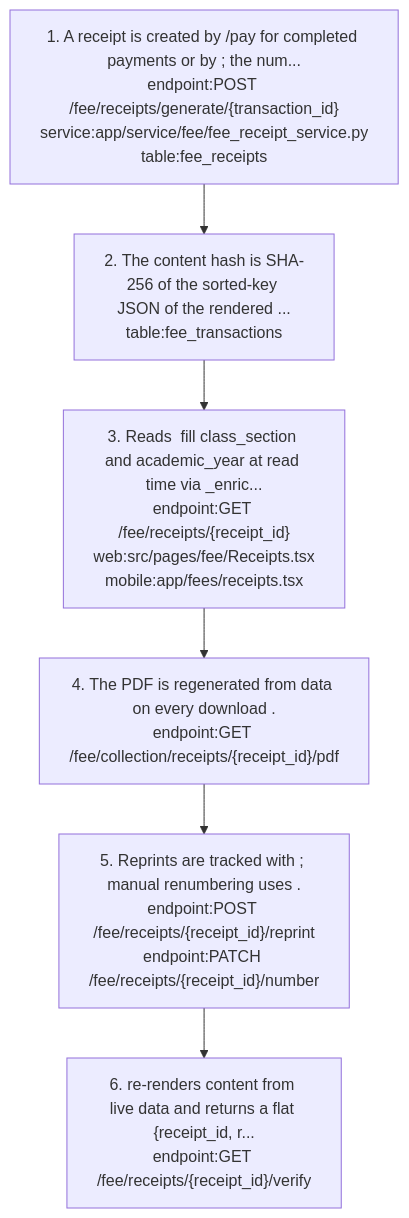
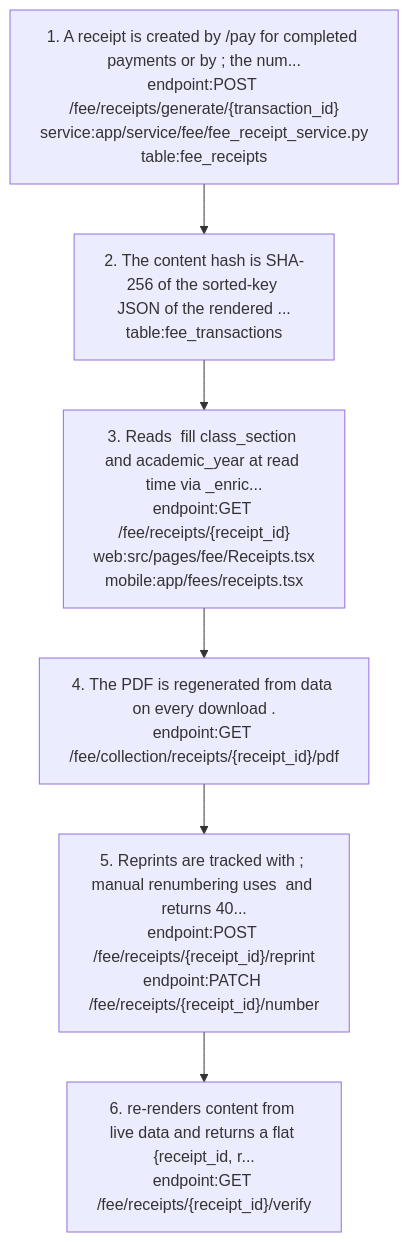
The eighth of 12 diagrams in docs/graph/views/fee.md (nerellasraj21/cos360_full_app), drawn with Mermaid before and after one commit. The commit also changed other lines of this file and 44 other files, not shown here.

First line of the commit message:
Re-verify project docs and knowledge graph against current code

````diff
--- a/docs/graph/views/fee.md
+++ b/docs/graph/views/fee.md
@@ -395,14 +404,14 @@
 ```mermaid
 flowchart TD
   s1["1. A receipt is created by /pay for completed payments or by ; the num...<br/>endpoint:POST /fee/receipts/generate/{transaction_id}<br/>service:app/service/fee/fee_receipt_service.py<br/>table:fee_receipts"]
   s2["2. The content hash is SHA-256 of the sorted-key JSON of the rendered ...<br/>table:fee_transactions"]
   s1 --> s2
   s3["3. Reads  fill class_section and academic_year at read time via _enric...<br/>endpoint:GET /fee/receipts/{receipt_id}<br/>web:src/pages/fee/Receipts.tsx<br/>mobile:app/fees/receipts.tsx"]
   s2 --> s3
   s4["4. The PDF is regenerated from data on every download .<br/>endpoint:GET /fee/collection/receipts/{receipt_id}/pdf"]
   s3 --> s4
-  s5["5. Reprints are tracked with ; manual renumbering uses .<br/>endpoint:POST /fee/receipts/{receipt_id}/reprint<br/>endpoint:PATCH /fee/receipts/{receipt_id}/number"]
+  s5["5. Reprints are tracked with ; manual renumbering uses  and returns 40...<br/>endpoint:POST /fee/receipts/{receipt_id}/reprint<br/>endpoint:PATCH /fee/receipts/{receipt_id}/number"]
   s4 --> s5
   s6["6. re-renders content from live data and returns a flat {receipt_id, r...<br/>endpoint:GET /fee/receipts/{receipt_id}/verify"]
   s5 --> s6
 ```
````
